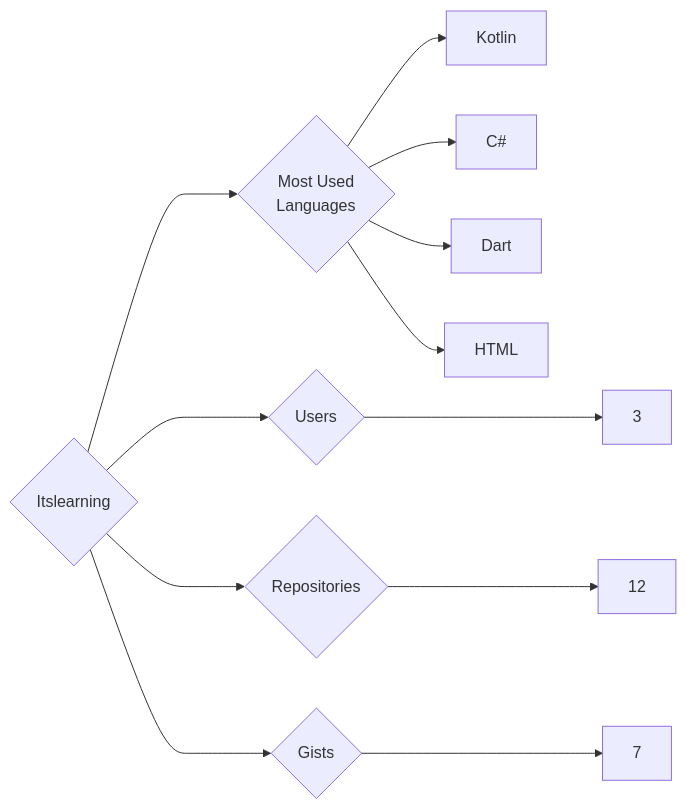
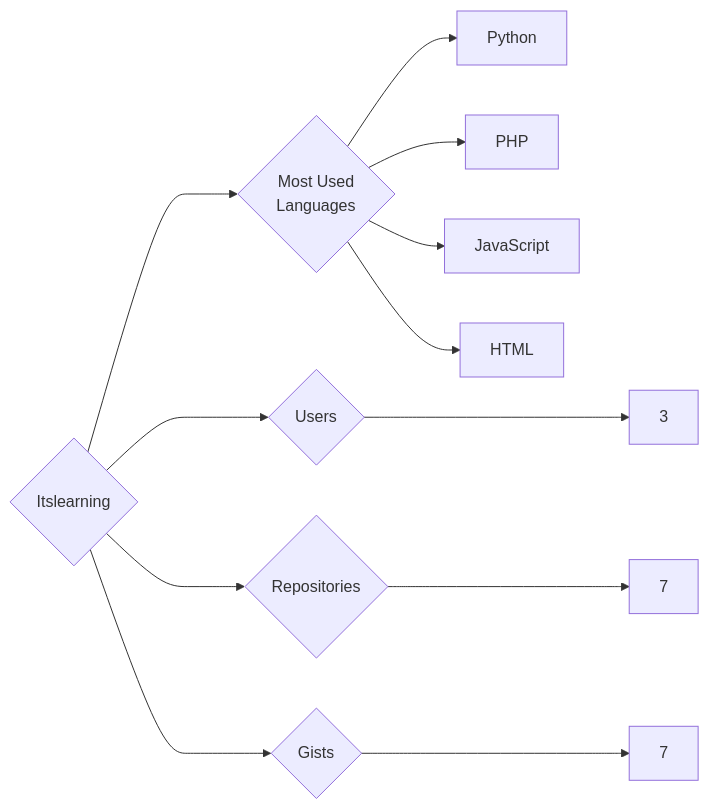
One commit to trickest/insiders changed the diagram in targets/Itslearning/README.md. Above: the diagram before and after it, drawn with Mermaid. The commit also changed 944 other files, not shown here.

````diff
--- a/targets/Itslearning/README.md
+++ b/targets/Itslearning/README.md
@@ -3,12 +3,12 @@
 ```mermaid
 graph LR
 COMPANY_NAME{Itslearning}
 COMPANY_NAME ---> U{Users} ---> UN[3]
-COMPANY_NAME ---> R{Repositories} ---> RN[12]
+COMPANY_NAME ---> R{Repositories} ---> RN[7]
 COMPANY_NAME ---> G{Gists} ---> GN[7]
 COMPANY_NAME ---> ML{Most Used<br>Languages}
-ML --> Kotlin[Kotlin]
-ML --> C#[C#]
-ML --> Dart[Dart]
+ML --> Python[Python]
+ML --> PHP[PHP]
+ML --> JavaScript[JavaScript]
 ML --> HTML[HTML]
 ```
````
